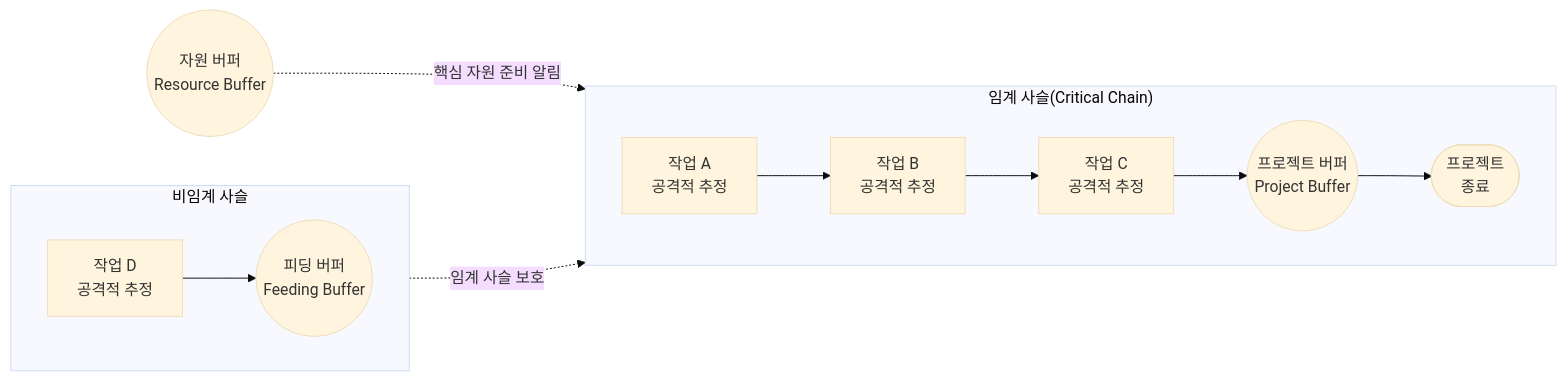
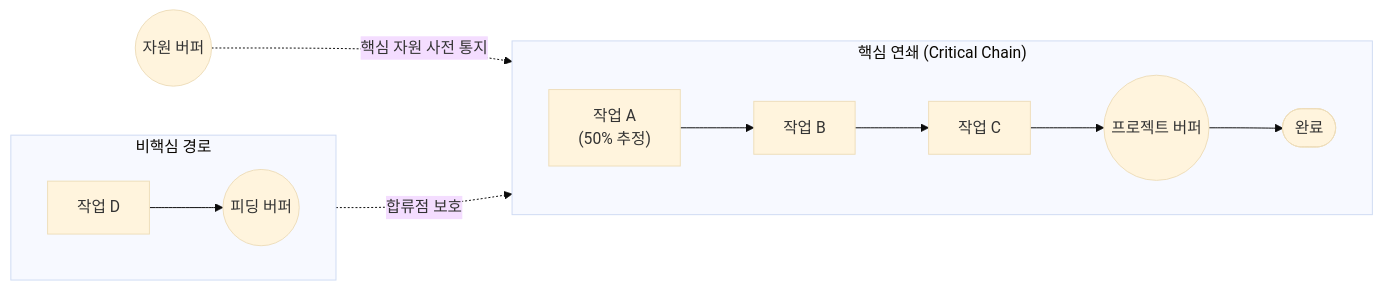
The diagram in content/01_IT Tech/CCM.md (supremethumb/supremethumb.github.io), drawn with Mermaid (base theme) before and after one commit. The commit also changed other lines of this file and 1087 other files, not shown here.

````diff
--- a/content/01_IT Tech/CCM.md
+++ b/content/01_IT Tech/CCM.md
@@ -28,19 +36,16 @@
 ```mermaid
 flowchart LR
-    subgraph Critical_Chain ["임계 사슬(Critical Chain)"]
+    subgraph CC ["핵심 연쇄 (Critical Chain)"]
         direction LR
-        A[작업 A<br>공격적 추정] --> B[작업 B<br>공격적 추정]
-        B --> C[작업 C<br>공격적 추정]
-        C --> PB((프로젝트 버퍼<br>Project Buffer))
-        PB --> End([프로젝트<br>종료])
+        A["작업 A<br/>(50% 추정)"] --> B["작업 B"]
+        B --> C["작업 C"]
+        C --> PB(("프로젝트 버퍼"))
+        PB --> End(["완료"])
     end
-
-    subgraph Non_Critical_Chain ["비임계 사슬"]
+    subgraph NC ["비핵심 경로"]
         direction LR
-        D[작업 D<br>공격적 추정] --> FB((피딩 버퍼<br>Feeding Buffer))
+        D["작업 D"] --> FB(("피딩 버퍼"))
     end
-    FB -. "임계 사슬 보호" .-> C
-
-    RB((자원 버퍼<br>Resource Buffer)) -. "핵심 자원 준비 알림" .-> B
-
+    FB -. "합류점 보호" .-> C
+    RB(("자원 버퍼")) -. "핵심 자원 사전 통지" .-> B
 ```
````
